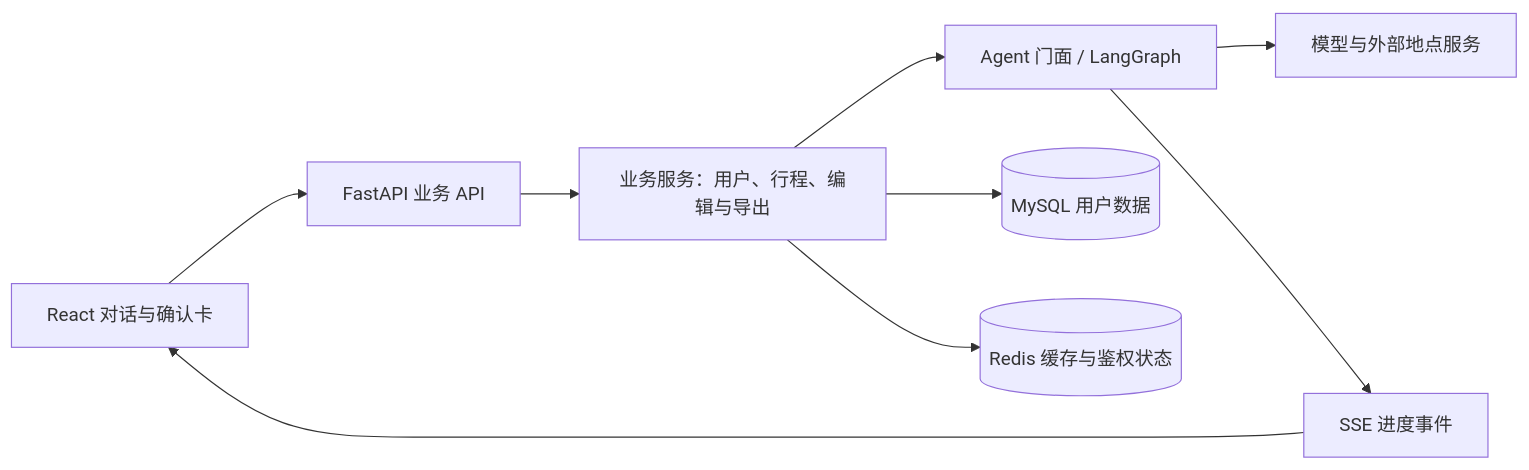
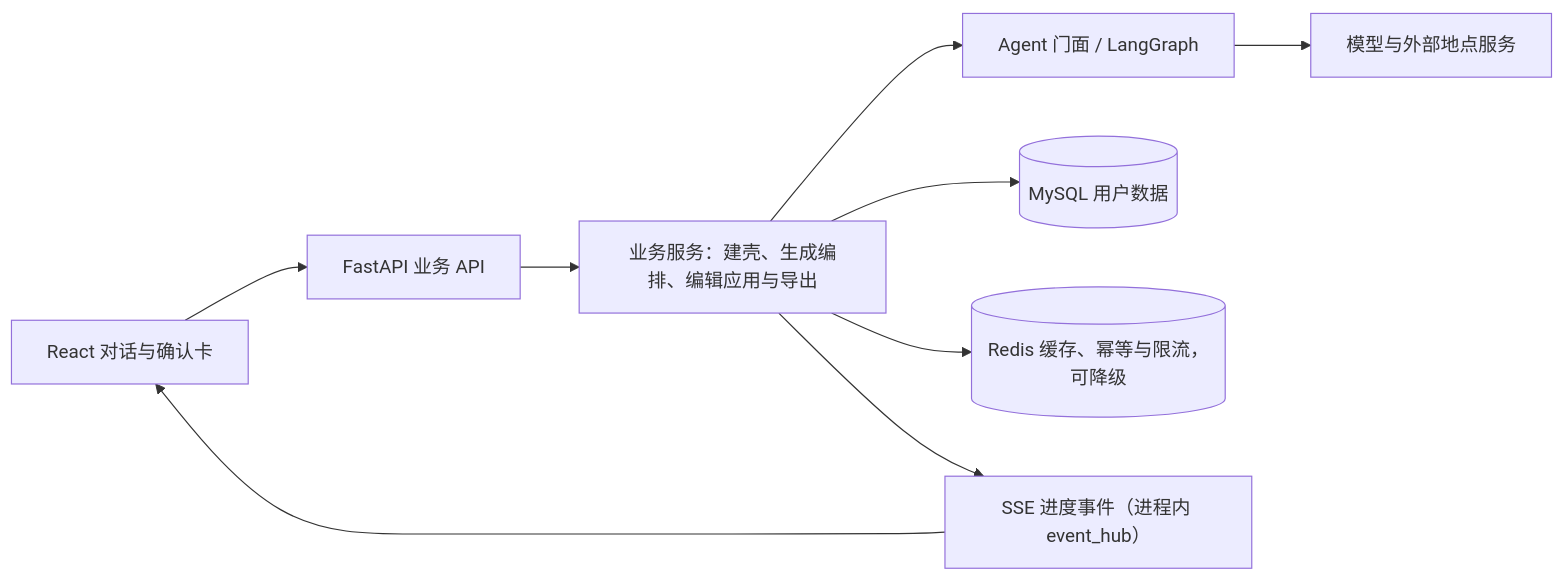
One commit to wabcyyyy/Sinan changed the diagram in docs/public/architecture.md. Above: the diagram before and after it, drawn with Mermaid. The commit also changed other lines of this file and 90 other files, not shown here.

````diff
--- a/docs/public/architecture.md
+++ b/docs/public/architecture.md
@@ -5,11 +5,11 @@
 ```mermaid
 flowchart LR
   UI[React 对话与确认卡] --> API[FastAPI 业务 API]
-  API --> S[业务服务：用户、行程、编辑与导出]
+  API --> S[业务服务：建壳、生成编排、编辑应用与导出]
   S --> A[Agent 门面 / LangGraph]
   A --> L[模型与外部地点服务]
   S --> DB[(MySQL 用户数据)]
-  S --> R[(Redis 缓存与鉴权状态)]
-  A --> SSE[SSE 进度事件]
+  S --> R[(Redis 缓存、幂等与限流，可降级)]
+  S --> SSE[SSE 进度事件（进程内 event_hub）]
   SSE --> UI
 ```
````
